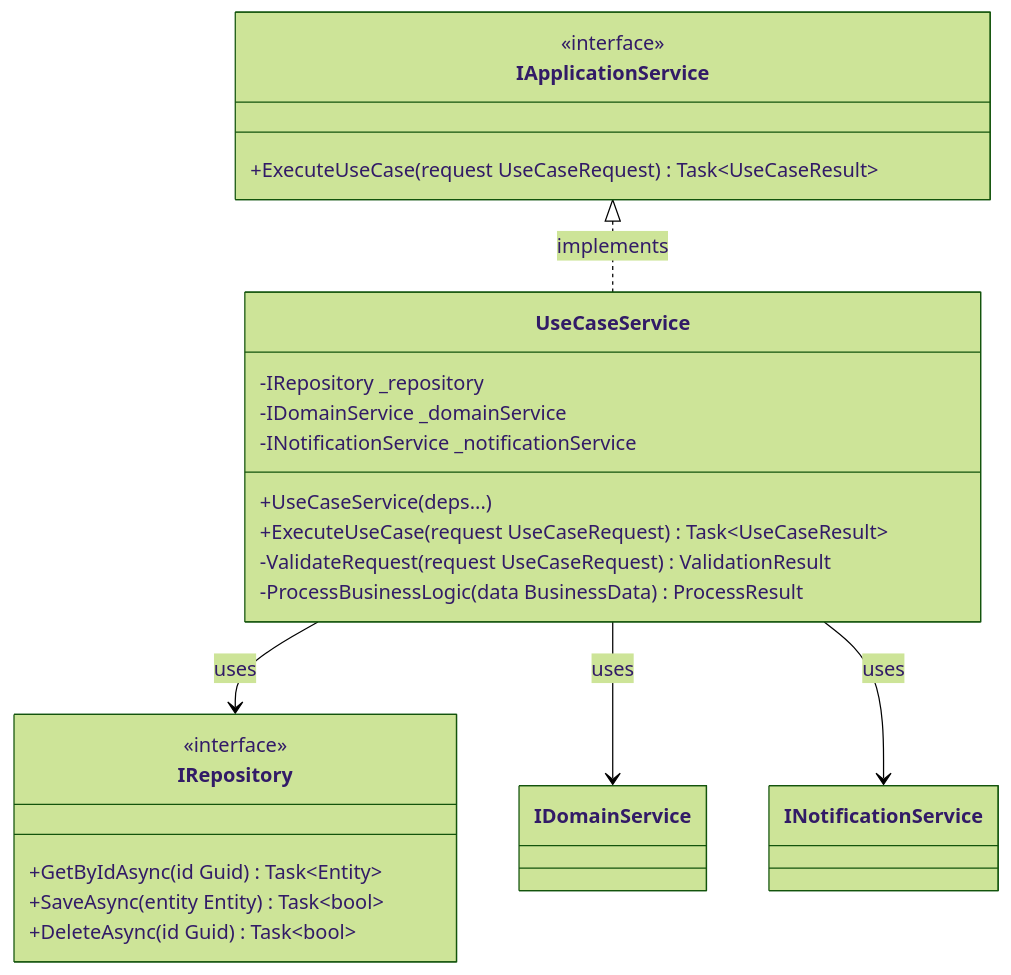
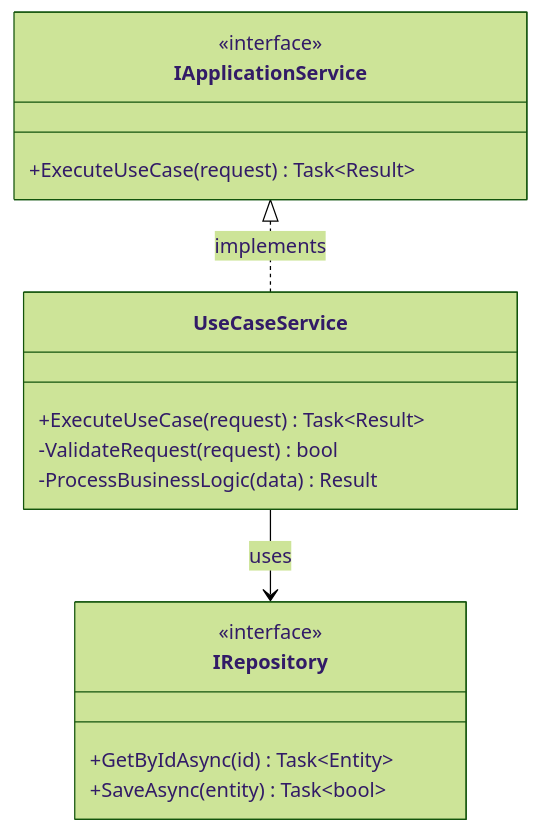
The third of 6 diagrams in .gaia/designs/2-class.md (frostaura/ai.toolkit.gaia), drawn with Mermaid (forest theme) before and after one commit. The commit also changed other lines of this file and 4 other files, not shown here.

````diff
--- a/.gaia/designs/2-class.md
+++ b/.gaia/designs/2-class.md
@@ -152,29 +82,22 @@
 ```mermaid
 classDiagram
     class IApplicationService {
         <<interface>>
-        +ExecuteUseCase(request UseCaseRequest) Task~UseCaseResult~
+        +ExecuteUseCase(request) Task~Result~
     }
     
     class UseCaseService {
-        -IRepository _repository
-        -IDomainService _domainService
-        -INotificationService _notificationService
-        +UseCaseService(deps...)
-        +ExecuteUseCase(request UseCaseRequest) Task~UseCaseResult~
-        -ValidateRequest(request UseCaseRequest) ValidationResult
-        -ProcessBusinessLogic(data BusinessData) ProcessResult
+        +ExecuteUseCase(request) Task~Result~
+        -ValidateRequest(request) bool
+        -ProcessBusinessLogic(data) Result
     }
     
     class IRepository {
         <<interface>>
-        +GetByIdAsync(id Guid) Task~Entity~
-        +SaveAsync(entity Entity) Task~bool~
-        +DeleteAsync(id Guid) Task~bool~
+        +GetByIdAsync(id) Task~Entity~
+        +SaveAsync(entity) Task~bool~
     }
     
     IApplicationService <|.. UseCaseService: implements
     UseCaseService --> IRepository: uses
-    UseCaseService --> IDomainService: uses
-    UseCaseService --> INotificationService: uses
 ```
````
